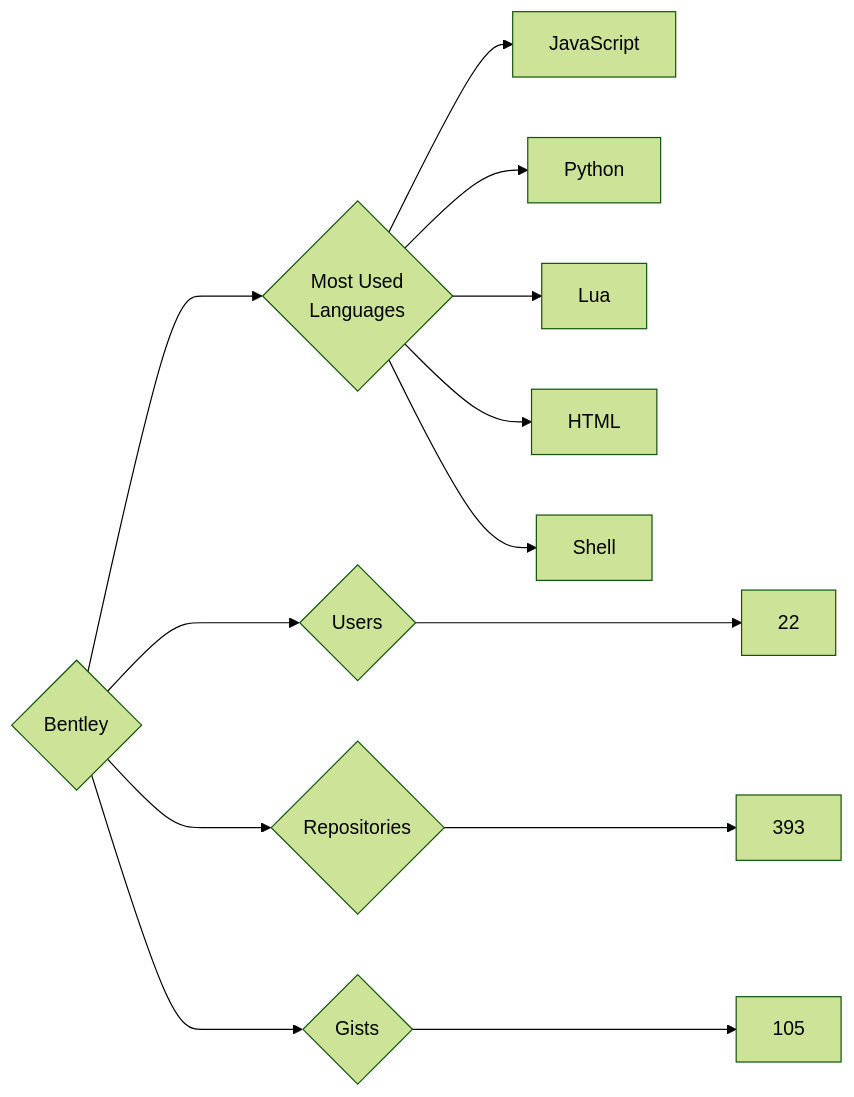
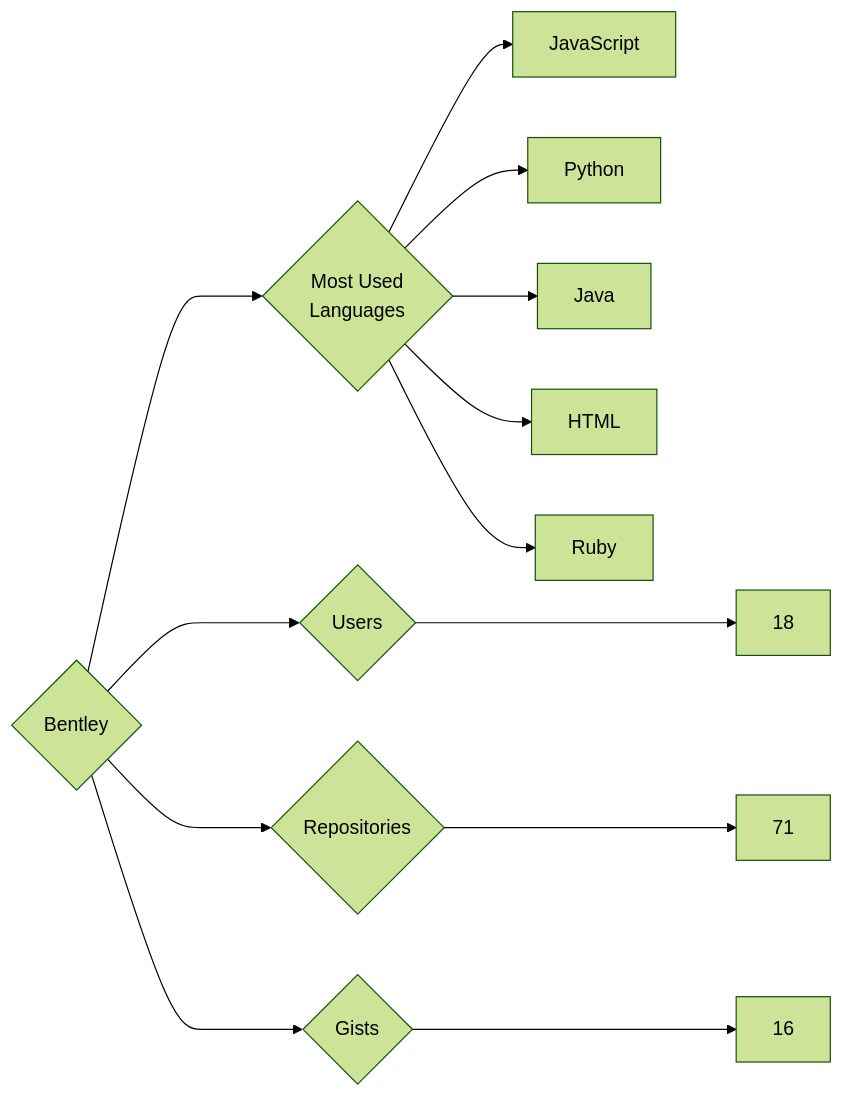
Before and after one commit to trickest/insiders: the diagram in targets/Bentley/README.md, drawn with Mermaid (forest theme). The commit also changed 782 other files, not shown here.

````diff
--- a/targets/Bentley/README.md
+++ b/targets/Bentley/README.md
@@ -3,13 +3,13 @@
 ```mermaid
 graph LR
 COMPANY_NAME{Bentley}
-COMPANY_NAME ---> U{Users} ---> UN[22]
-COMPANY_NAME ---> R{Repositories} ---> RN[393]
-COMPANY_NAME ---> G{Gists} ---> GN[105]
+COMPANY_NAME ---> U{Users} ---> UN[18]
+COMPANY_NAME ---> R{Repositories} ---> RN[71]
+COMPANY_NAME ---> G{Gists} ---> GN[16]
 COMPANY_NAME ---> ML{Most Used<br>Languages}
 ML --> JavaScript[JavaScript]
 ML --> Python[Python]
-ML --> Lua[Lua]
+ML --> Java[Java]
 ML --> HTML[HTML]
-ML --> Shell[Shell]
+ML --> Ruby[Ruby]
 ```
````
